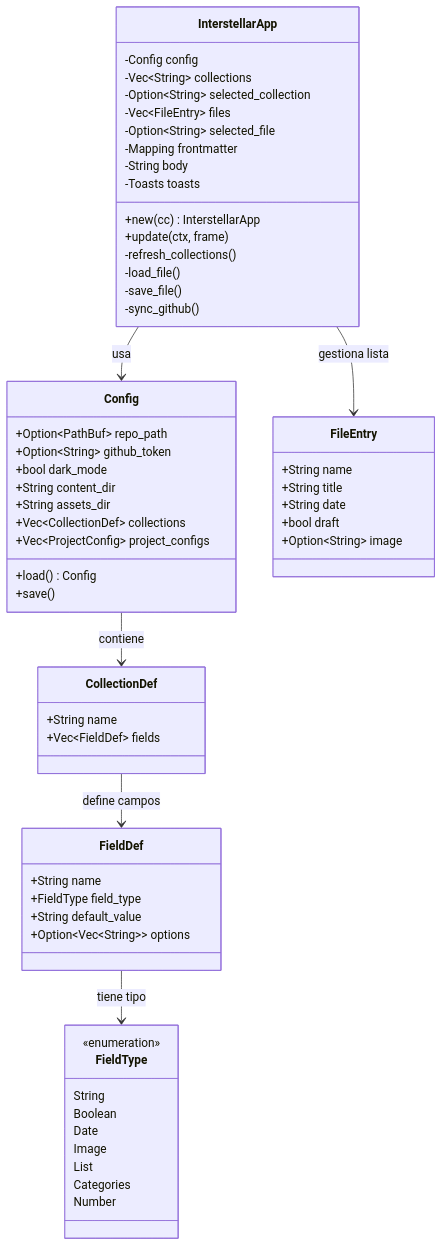
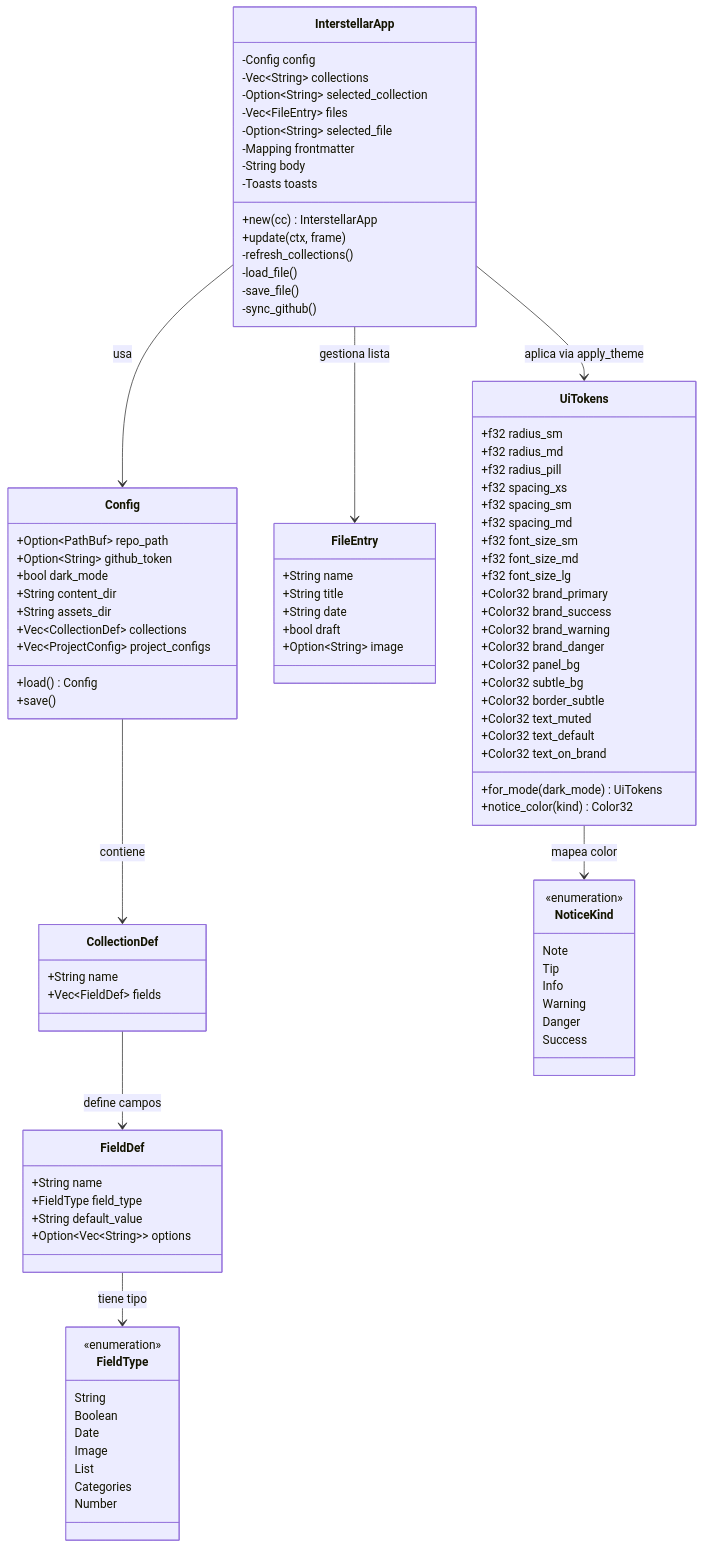
One commit to naujrevilo/interstellar-writer-astro changed the diagram in DOCS/diagrams/class-diagram.md. Above: the diagram before and after it, drawn with Mermaid. The commit also changed 17 other files, not shown here.

````diff
--- a/DOCS/diagrams/class-diagram.md
+++ b/DOCS/diagrams/class-diagram.md
@@ -60,9 +60,45 @@
         Number
     }
 
+    class UiTokens {
+        +f32 radius_sm
+        +f32 radius_md
+        +f32 radius_pill
+        +f32 spacing_xs
+        +f32 spacing_sm
+        +f32 spacing_md
+        +f32 font_size_sm
+        +f32 font_size_md
+        +f32 font_size_lg
+        +Color32 brand_primary
+        +Color32 brand_success
+        +Color32 brand_warning
+        +Color32 brand_danger
+        +Color32 panel_bg
+        +Color32 subtle_bg
+        +Color32 border_subtle
+        +Color32 text_muted
+        +Color32 text_default
+        +Color32 text_on_brand
+        +for_mode(dark_mode) UiTokens
+        +notice_color(kind) Color32
+    }
+
+    class NoticeKind {
+        <<enumeration>>
+        Note
+        Tip
+        Info
+        Warning
+        Danger
+        Success
+    }
+
     InterstellarApp --> Config : usa
     InterstellarApp --> FileEntry : gestiona lista
+    InterstellarApp --> UiTokens : aplica via apply_theme
     Config --> CollectionDef : contiene
     CollectionDef --> FieldDef : define campos
     FieldDef --> FieldType : tiene tipo
+    UiTokens --> NoticeKind : mapea color
 ```
````
